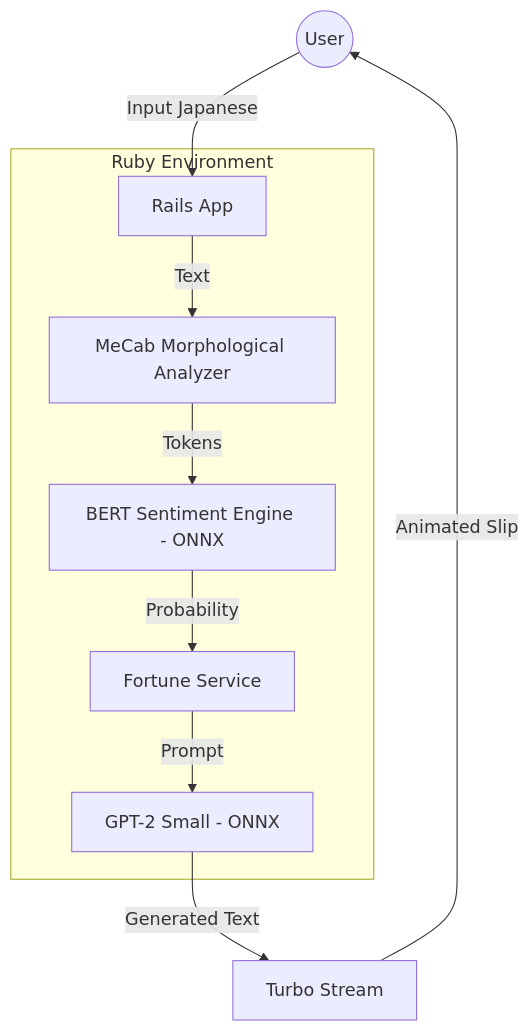
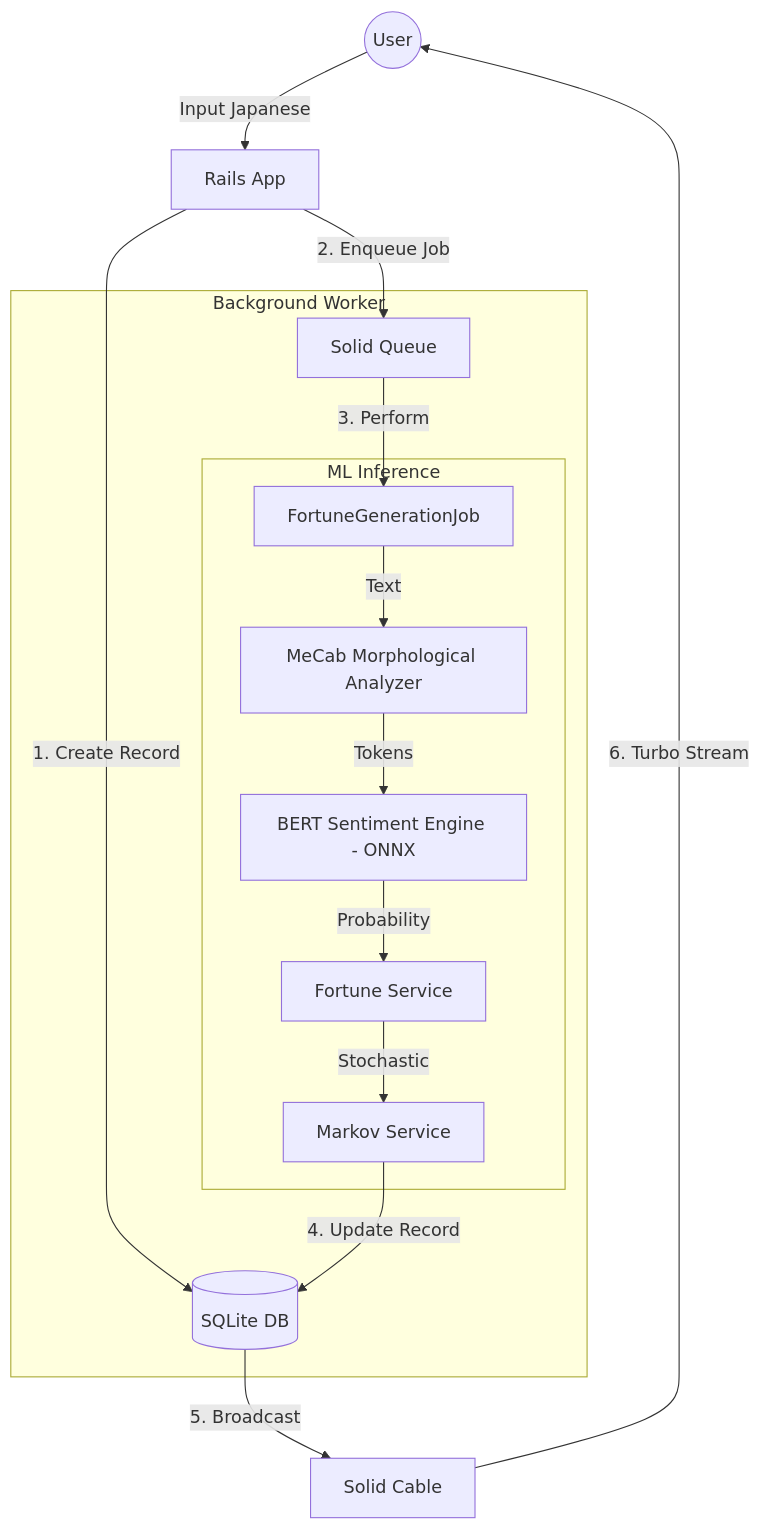
The diagram in spec/architecture.md (r-carroll/ruby-ai-prototype), drawn with Mermaid before and after one commit. The commit also changed other lines of this file and 36 other files, not shown here.

First line of the commit message:
feat: migrate to asynchronous ML inference with Solid Queue and Solid Cable

````diff
--- a/spec/architecture.md
+++ b/spec/architecture.md
@@ -8,12 +8,20 @@
 ```mermaid
 graph TD
     User((User)) -->|Input Japanese| Rails[Rails App]
-    subgraph Ruby Environment
-        Rails -->|Text| MeCab[MeCab Morphological Analyzer]
-        MeCab -->|Tokens| BERT[BERT Sentiment Engine - ONNX]
-        BERT -->|Probability| FortuneSvc[Fortune Service]
-        FortuneSvc -->|Prompt| GPT2[GPT-2 Small - ONNX]
+    Rails -->|1. Create Record| DB[(SQLite DB)]
+    Rails -->|2. Enqueue Job| SQ[Solid Queue]
+    
+    subgraph Background Worker
+        SQ -->|3. Perform| Job[FortuneGenerationJob]
+        subgraph ML Inference
+            Job -->|Text| MeCab[MeCab Morphological Analyzer]
+            MeCab -->|Tokens| BERT[BERT Sentiment Engine - ONNX]
+            BERT -->|Probability| FortuneSvc[Fortune Service]
+            FortuneSvc -->|Stochastic| Markov[Markov Service]
+        end
+        Markov -->|4. Update Record| DB
     end
-    GPT2 -->|Generated Text| Turbo[Turbo Stream]
-    Turbo -->|Animated Slip| User
+    
+    DB -->|5. Broadcast| Cable[Solid Cable]
+    Cable -->|6. Turbo Stream| User
 ```
````
